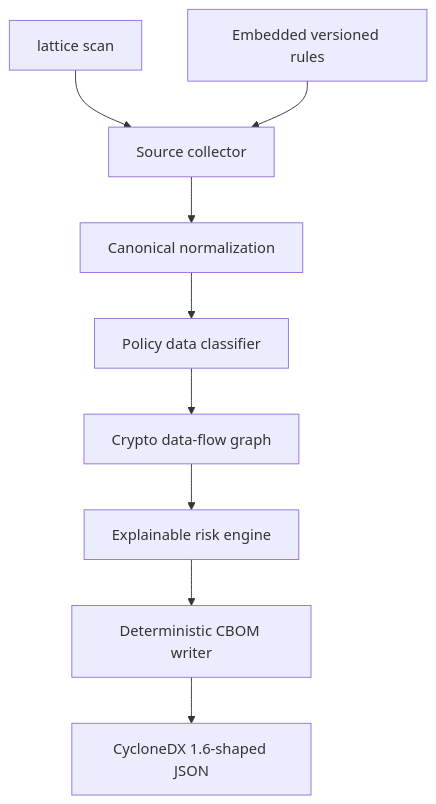
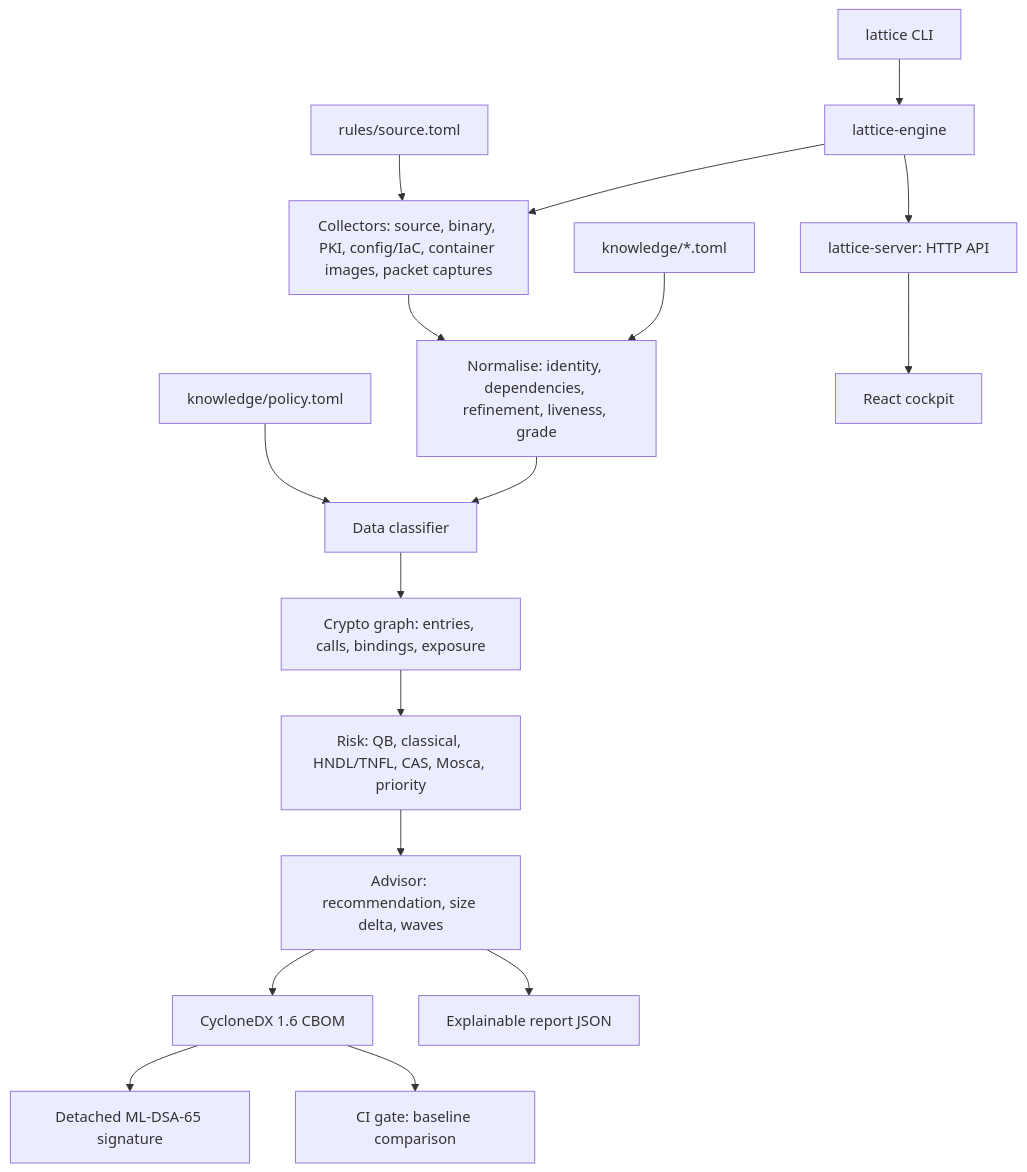
The diagram in docs/IMPLEMENTATION.md (gowtham472/lattice), drawn with Mermaid before and after one commit. The commit also changed other lines of this file and 1 other file, not shown here.

````diff
--- a/docs/IMPLEMENTATION.md
+++ b/docs/IMPLEMENTATION.md
@@ -7,11 +7,19 @@
 ```mermaid
 flowchart TD
-    CLI[lattice scan] --> Collector[Source collector]
-    Rules[Embedded versioned rules] --> Collector
-    Collector --> Normalizer[Canonical normalization]
-    Normalizer --> Classifier[Policy data classifier]
-    Classifier --> Graph[Crypto data-flow graph]
-    Graph --> Risk[Explainable risk engine]
-    Risk --> CBOM[Deterministic CBOM writer]
-    CBOM --> JSON[CycloneDX 1.6-shaped JSON]
+    CLI[lattice CLI] --> Engine[lattice-engine]
+    Engine --> Collect[Collectors: source, binary, PKI, config/IaC, container images, packet captures]
+    Rules[rules/source.toml] --> Collect
+    KB[knowledge/*.toml] --> Normalize
+    Collect --> Normalize[Normalise: identity, dependencies, refinement, liveness, grade]
+    Normalize --> Classify[Data classifier]
+    Policy[knowledge/policy.toml] --> Classify
+    Classify --> Graph[Crypto graph: entries, calls, bindings, exposure]
+    Graph --> Risk[Risk: QB, classical, HNDL/TNFL, CAS, Mosca, priority]
+    Risk --> Advisor[Advisor: recommendation, size delta, waves]
+    Advisor --> CBOM[CycloneDX 1.6 CBOM]
+    Advisor --> Report[Explainable report JSON]
+    CBOM --> Sign[Detached ML-DSA-65 signature]
+    CBOM --> Gate[CI gate: baseline comparison]
+    Engine --> Server[lattice-server: HTTP API]
+    Server --> Cockpit[React cockpit]
 ```
````
